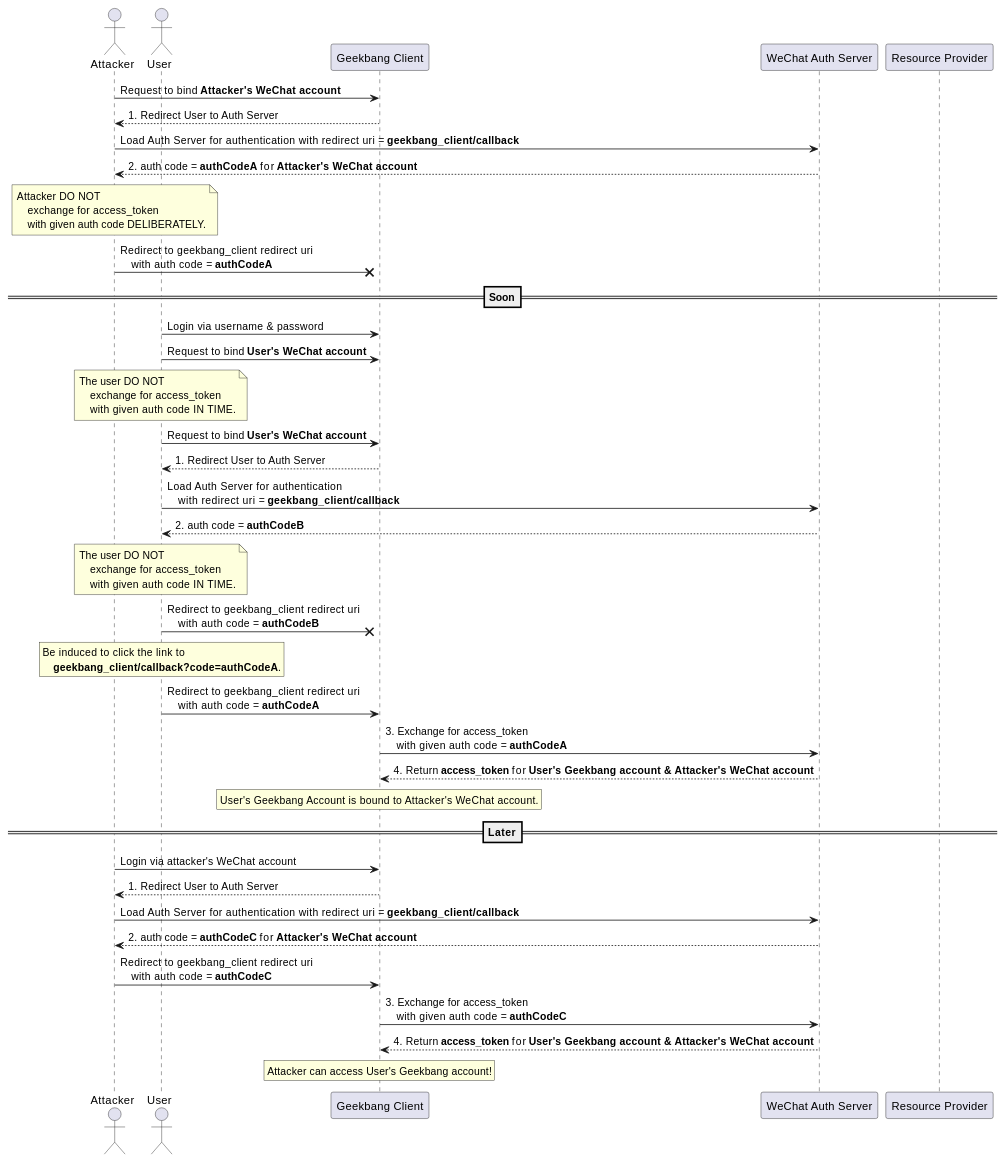
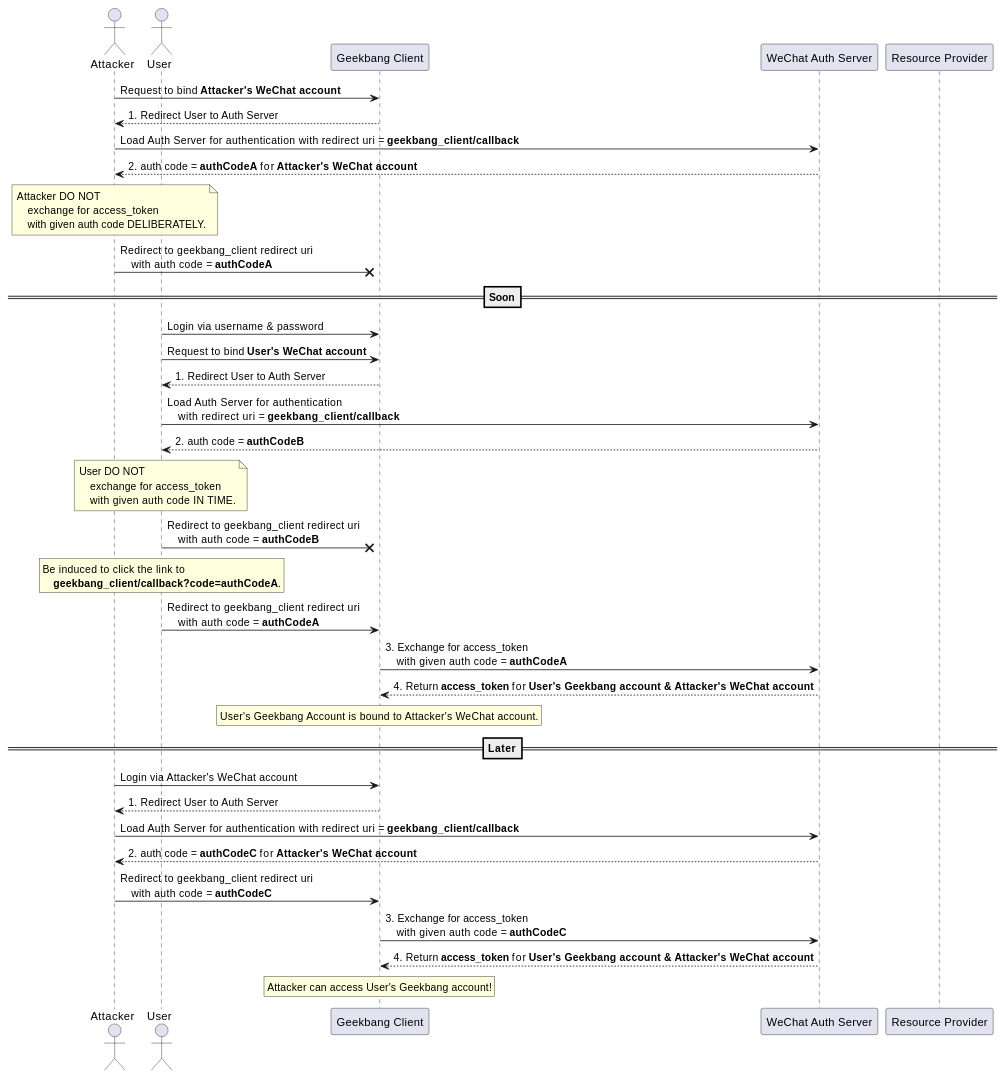
Before and after one commit to IceHe/lib: the first of 2 diagrams in auth/csrf-attack-on-oauth.md, drawn with PlantUML. The commit also changed other lines of this file, not shown here.

Commit message:
2021-11-04 17:32:47 Thu

```diff
--- a/auth/csrf-attack-on-oauth.md
+++ b/auth/csrf-attack-on-oauth.md
@@ -31,15 +31,6 @@
 ==Soon==
 
 user -> geekbang_client: Login via username & password
-
-user -> geekbang_client: Request to bind **User's WeChat account**
-
-note over user
-    The user DO NOT
-        exchange for access_token
-        with given auth code IN TIME.
-endrnote
-
 user -> geekbang_client: Request to bind **User's WeChat account**
 user <-- geekbang_client: 1. Redirect User to Auth Server
 
@@ -47,7 +38,7 @@
 user <-- auth_serv: 2. auth code = **authCodeB**
 
 note over user
-    The user DO NOT
+    User DO NOT
         exchange for access_token
         with given auth code IN TIME.
 endrnote
@@ -70,7 +61,7 @@
 
 ==Later==
 
-attacker -> geekbang_client: Login via attacker's WeChat account
+attacker -> geekbang_client: Login via Attacker's WeChat account
 attacker <-- geekbang_client: 1. Redirect User to Auth Server
 
 attacker -> auth_serv: Load Auth Server for authentication with redirect uri = **geekbang_client/callback**
```
